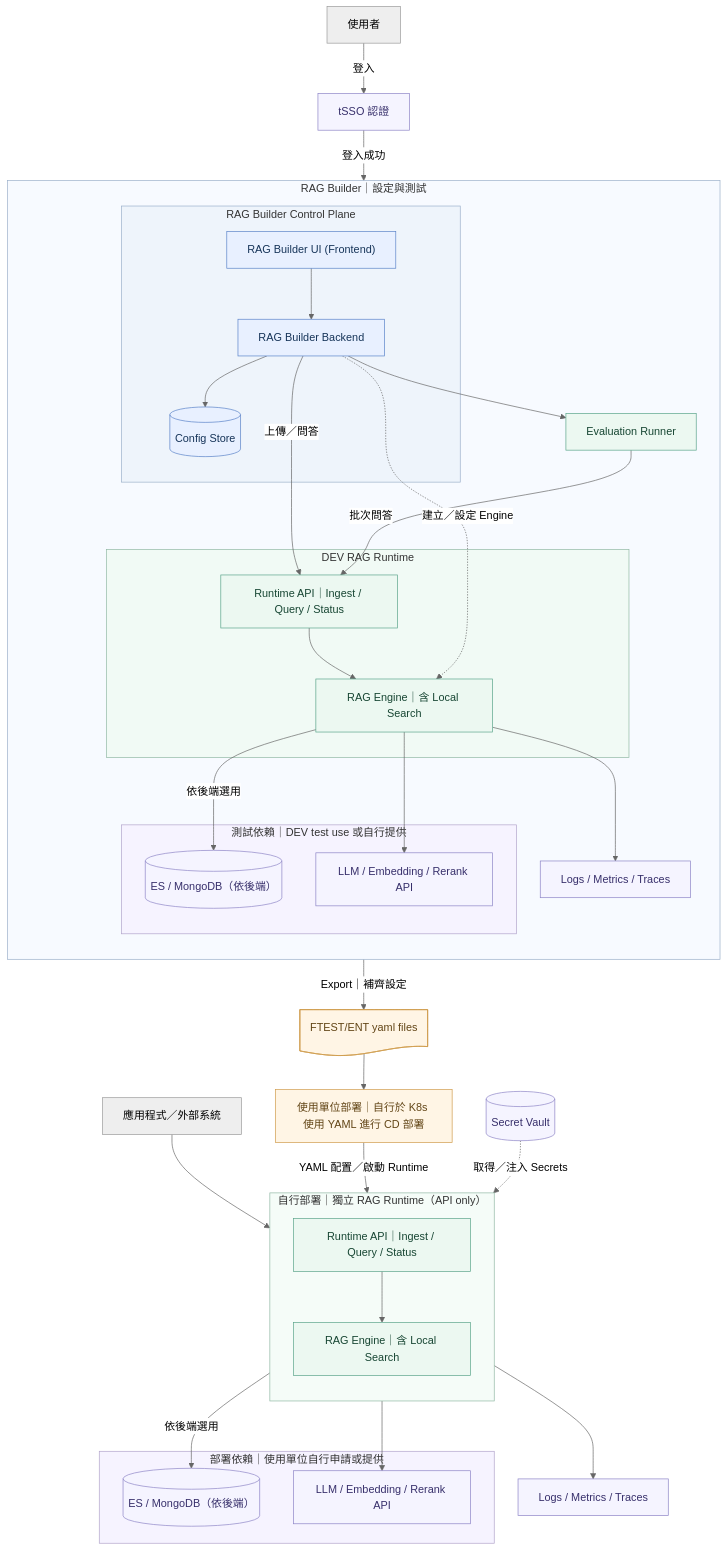
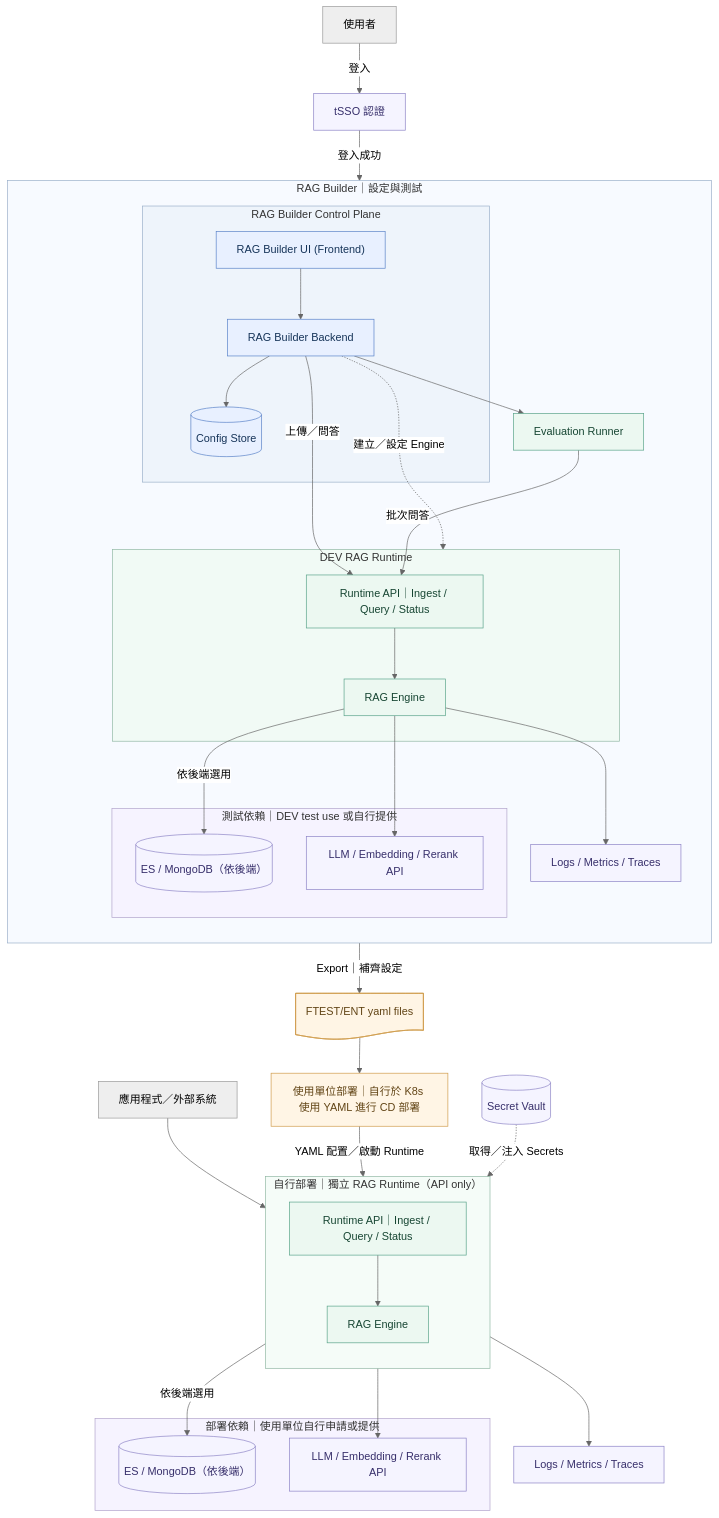
Before and after one commit to SunnyWenwen/rag_platform: the diagram in diagrams/02_infra_architecture.mmd, drawn with Mermaid (neutral theme). The commit also changed other lines of this file and 3 other files, not shown here.

Commit message:
docs: target DEV Runtime boundary for Engine setup

```diff
--- a/diagrams/02_infra_architecture.mmd
+++ b/diagrams/02_infra_architecture.mmd
@@ -1,74 +1,75 @@
 flowchart TB
   %% Target architecture; tSSO, Runtime, Secret Vault and CD integration are not implemented in the Prototype.
   %% tSSO edges show the login/authentication relationship, not a proxy for every business request.
   %% Frontend and Backend form the RAG Builder Control Plane; Config/Validator/service settings/Export are Backend functions.
   %% Backend initiates System-scoped execution-instance setup; the DEV Runtime composes the Pipeline from Config.
   %% Config Store is shown here; execution-record persistence and authentication details are omitted.
   %% Both Runtime environments use the same versioned Engine and API contract.
   %% Local Search lives inside the Engine; optional MongoDB persists Chunks/vectors, not the search operation.
   %% The independent Runtime boundary contains only Runtime API and Engine; dependencies, Vault and observability are external.
 
   USER["使用者"] -->|登入| SSO["tSSO 認證"]
   SSO -->|登入成功| UI
 
   subgraph DEV["RAG Builder｜設定與測試"]
     direction TB
     subgraph CP["RAG Builder Control Plane"]
       UI["RAG Builder UI (Frontend)"] --> BACKEND["RAG Builder Backend"]
       BACKEND --> META[("Config Store")]
     end
 
     BACKEND -->|"上傳／問答"| DAPI
     BACKEND --> EVAL["Evaluation Runner"]
     EVAL -->|"批次問答"| DAPI
 
     subgraph SANDBOX["DEV RAG Runtime"]
-      DAPI["Runtime API｜Ingest / Query / Status"] --> DENGINE["RAG Engine｜含 Local Search"]
-      BACKEND -.->|"建立／設定 Engine"| DENGINE
+      DAPI["Runtime API｜Ingest / Query / Status"] --> DENGINE["RAG Engine"]
     end
+
+    BACKEND -.->|"建立／設定 Engine"| SANDBOX
 
     DENGINE --> DOBS["Logs / Metrics / Traces"]
 
     subgraph DRES["測試依賴｜DEV test use 或自行提供"]
       DSEARCH[("ES / MongoDB（依後端）")]
       DMODEL["LLM / Embedding / Rerank API"]
     end
     DENGINE -->|"依後端選用"| DSEARCH
     DENGINE --> DMODEL
   end
 
   BACKEND -->|"Export｜補齊設定"| FILES@{ shape: doc, label: "FTEST/ENT yaml files" }
   FILES --> DEPLOY["使用單位部署｜自行於 K8s 使用 YAML 進行 CD 部署"]
 
   APP["應用程式／外部系統"] --> RAPI
   DEPLOY -->|"YAML 配置／啟動 Runtime"| PENGINE
 
   subgraph PROD["自行部署｜獨立 RAG Runtime（API only）"]
     direction TB
-    RAPI["Runtime API｜Ingest / Query / Status"] --> PENGINE["RAG Engine｜含 Local Search"]
+    RAPI["Runtime API｜Ingest / Query / Status"] --> PENGINE["RAG Engine"]
   end
 
   VAULT[("Secret Vault")] -.->|"取得／注入 Secrets"| PENGINE
   PENGINE --> POBS["Logs / Metrics / Traces"]
 
   subgraph PRES["部署依賴｜使用單位自行申請或提供"]
     PSEARCH[("ES / MongoDB（依後端）")]
     PMODEL["LLM / Embedding / Rerank API"]
   end
   PENGINE -->|"依後端選用"| PSEARCH
   PENGINE --> PMODEL
 
   classDef control fill:#e8f0ff,stroke:#5881c8,color:#163459
   classDef runtime fill:#ecf8f1,stroke:#58a389,color:#174633
   classDef resource fill:#f5f4ff,stroke:#8c83c6,color:#372f6b
   classDef delivery fill:#fff5e5,stroke:#cf9b4a,color:#624516
   class UI,BACKEND,META control
   class DAPI,DENGINE,EVAL,RAPI,PENGINE runtime
   class SSO,VAULT,DSEARCH,DMODEL,PSEARCH,PMODEL,DOBS,POBS resource
   class FILES,DEPLOY delivery
   style DEV fill:#f7faff,stroke:#9aafc9
   style CP fill:#eef4fb,stroke:#9aafc9
   style SANDBOX fill:#f1faf5,stroke:#90b7a3
   style DRES fill:#f6f3ff,stroke:#b1a3ca
   style PROD fill:#f5fcf8,stroke:#90b7a3
   style PRES fill:#f6f3ff,stroke:#b1a3ca
```
